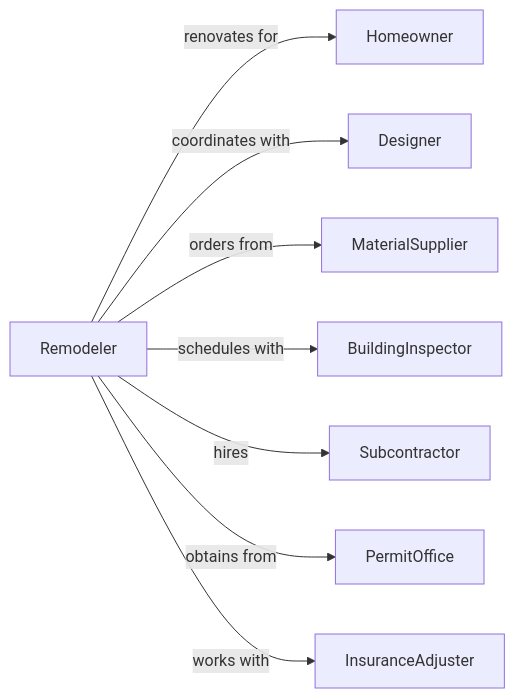
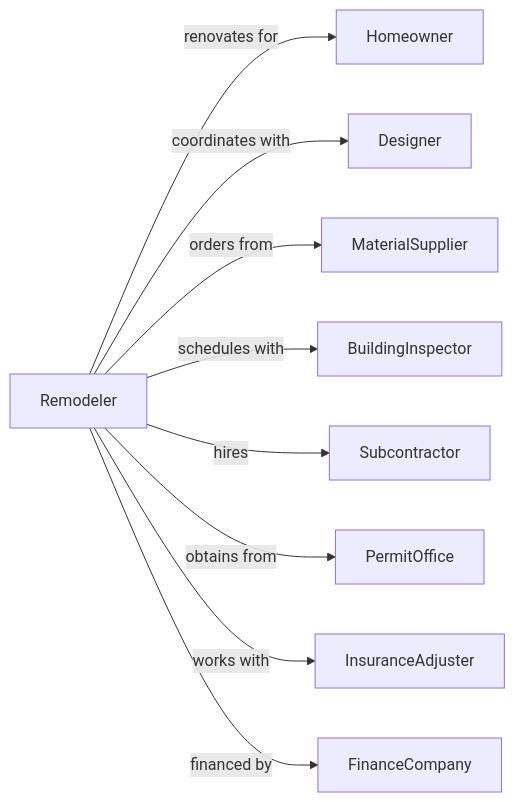
The second of 2 diagrams in Construction/ConstructionOfBuildings/ResidentialBuildingConstruction/ResidentialRemodelers.mdx (dot-org-ai/industries.org.ai), drawn with Mermaid before and after one commit. The commit also changed other lines of this file and 588 other files, not shown here.

````diff
--- a/Construction/ConstructionOfBuildings/ResidentialBuildingConstruction/ResidentialRemodelers.mdx
+++ b/Construction/ConstructionOfBuildings/ResidentialBuildingConstruction/ResidentialRemodelers.mdx
@@ -133,12 +133,13 @@
 ```mermaid
 graph LR
     R[Remodeler]
 
     R -->|renovates for| Homeowner
     R -->|coordinates with| Designer
     R -->|orders from| MaterialSupplier
     R -->|schedules with| BuildingInspector
     R -->|hires| Subcontractor
     R -->|obtains from| PermitOffice
     R -->|works with| InsuranceAdjuster
+    R -->|financed by| FinanceCompany
 ```
````
